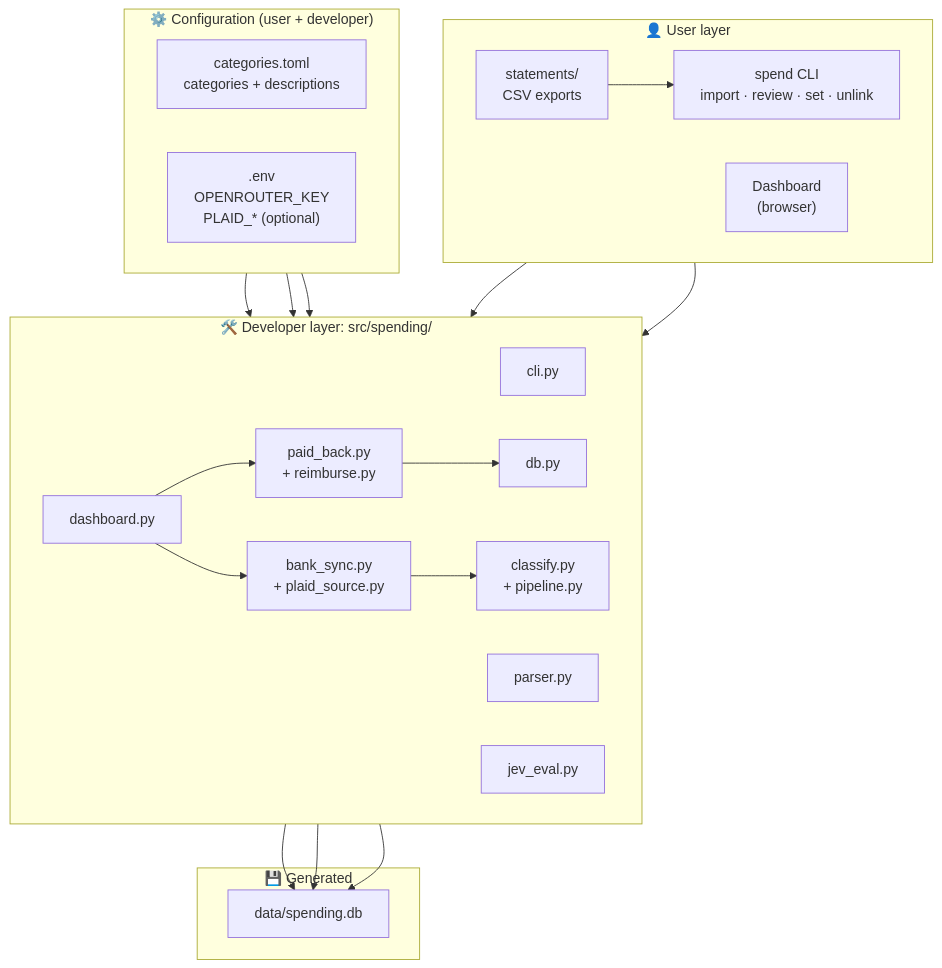
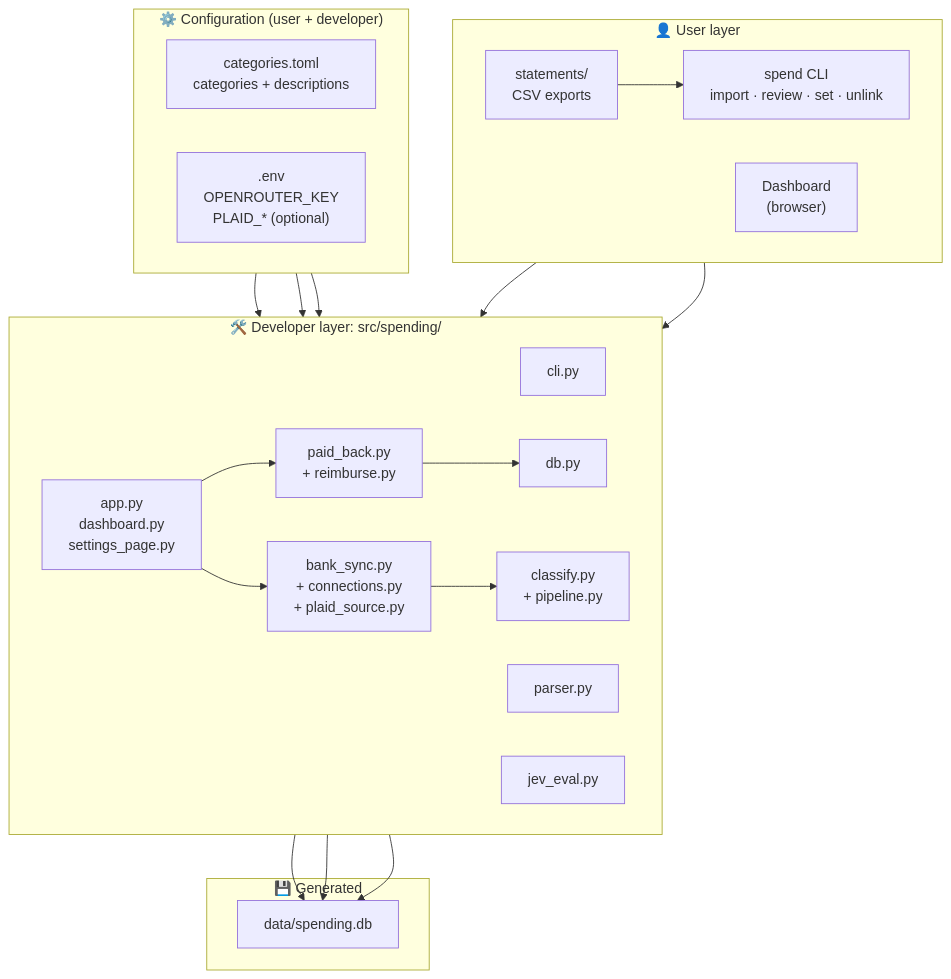
One commit to alessandrofelici/spending-tracker changed the first of 4 diagrams in CONTRIBUTING.md. Above: the diagram before and after it, drawn with Mermaid. The commit also changed other lines of this file and 1 other file, not shown here.

First line of the commit message:
docs: describe the Connected accounts page

````diff
--- a/CONTRIBUTING.md
+++ b/CONTRIBUTING.md
@@ -83,45 +86,45 @@
 ```mermaid
 flowchart TB
     subgraph USER["👤 User layer"]
         direction LR
         U1["statements/<br/>CSV exports"]
         U2["spend CLI<br/>import · review · set · unlink"]
         U3["Dashboard<br/>(browser)"]
     end
 
     subgraph SHARED["⚙️ Configuration (user + developer)"]
         direction LR
         C1["categories.toml<br/>categories + descriptions"]
         C2[".env<br/>OPENROUTER_KEY<br/>PLAID_* (optional)"]
     end
 
     subgraph DEV["🛠️ Developer layer: src/spending/"]
         direction LR
         D1["cli.py"]
         D2["parser.py"]
         D3["classify.py<br/>+ pipeline.py"]
         D4["db.py"]
-        D5["dashboard.py"]
+        D5["app.py<br/>dashboard.py<br/>settings_page.py"]
         D6["jev_eval.py"]
-        D7["bank_sync.py<br/>+ plaid_source.py"]
+        D7["bank_sync.py<br/>+ connections.py<br/>+ plaid_source.py"]
         D8["paid_back.py<br/>+ reimburse.py"]
     end
 
     subgraph STORE["💾 Generated"]
         S1["data/spending.db"]
     end
 
     U1 --> U2
     U2 --> D1
     U3 --> D5
     D5 --> D7
     D5 --> D8
     D8 --> D4
     C1 --> D3
     C2 --> D3
     C2 --> D7
     D7 --> D3
     D4 --> S1
     D5 --> S1
     D6 --> S1
 ```
````
